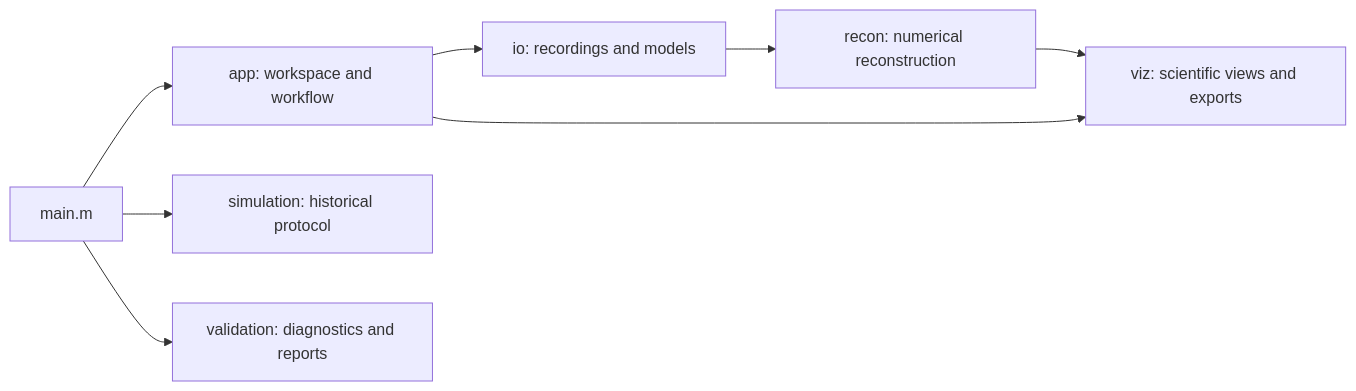
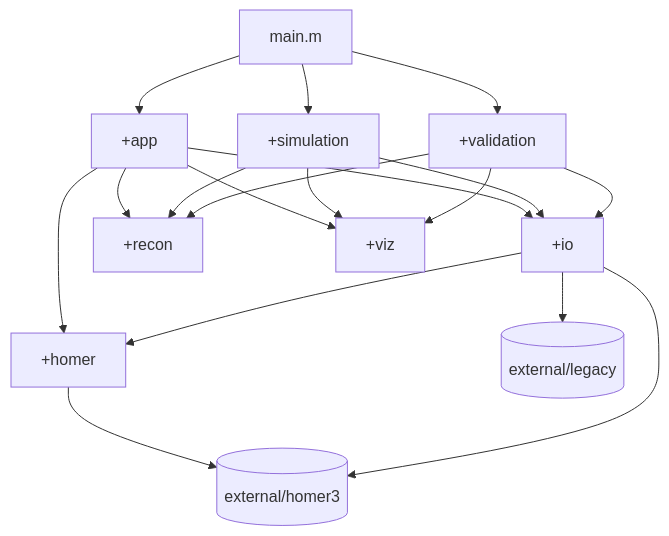
The sixth of 7 diagrams in README.md (YuanyuanGao216/neuroimaging-ssdot-gui), drawn with Mermaid before and after one commit. The commit also changed other lines of this file, not shown here.

````diff
--- a/README.md
+++ b/README.md
@@ -97,10 +339,12 @@
 ```mermaid
-flowchart LR
-    main["main.m"] --> app["app: workspace and workflow"]
-    app --> io["io: recordings and models"]
-    io --> recon["recon: numerical reconstruction"]
-    recon --> viz["viz: scientific views and exports"]
-    app --> viz
-    main --> simulation["simulation: historical protocol"]
-    main --> validation["validation: diagnostics and reports"]
+flowchart TD
+    main["main.m"] --> app & simulation & validation
+    app["+app"] --> io & homer & recon & viz
+    io["+io"] --> homer
+    homer["+homer"] --> h3[("external/homer3")]
+    io --> h3 & legacy[("external/legacy")]
+    simulation["+simulation"] --> io & recon & viz
+    validation["+validation"] --> io & recon & viz
+    recon["+recon"]
+    viz["+viz"]
 ```
````
